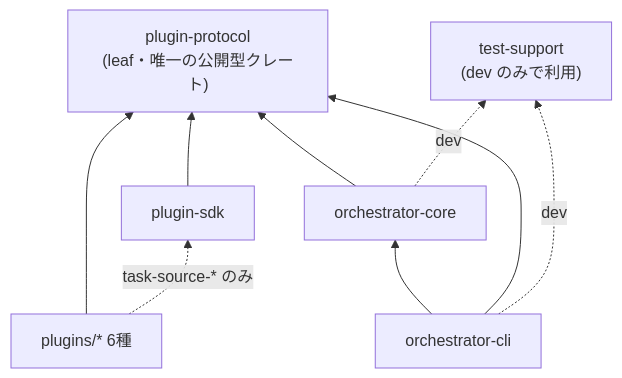
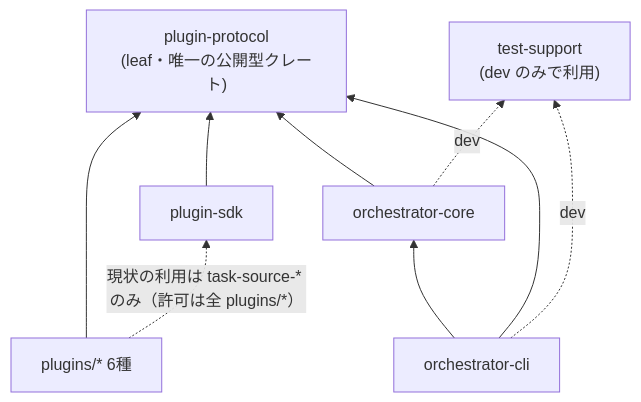
Before and after one commit to tomoya-k31/totsuka: the diagram in docs/architecture/workspace-dependency-rules.md, drawn with Mermaid. The commit also changed 1 other file, not shown here.

Commit message:
fix(ci): arch-lint.sh をフェイルクローズ化 + レビュー指摘のコメント修正
- set -euo pipefail 化と jq/awk パイプラインの明示的失敗ハンドラ、awk の
  存在確認を追加。検査自体の失敗が「違反なし」として素通りしないようにする
  (/code-review 指摘)
- ヘッダの依存一覧に grep を追記 (Copilot 指摘)、sdk-deps の build 依存
  検査をチェック一覧に明記 (/code-review 指摘)
- 循環メンバー特定コメントの精度と mermaid 図の plugin-sdk 許可範囲の
  表現を修正 (参考指摘)

Claude-Session: https://claude.ai/code/session_01TXHtveJGHGEeLj3gGkiwps

````diff
--- a/docs/architecture/workspace-dependency-rules.md
+++ b/docs/architecture/workspace-dependency-rules.md
@@ -17,18 +17,18 @@
 ```mermaid
 graph BT
     protocol["plugin-protocol<br/>(leaf・唯一の公開型クレート)"]
     sdk["plugin-sdk"]
     core["orchestrator-core"]
     cli["orchestrator-cli"]
     plugins["plugins/* 6種"]
     ts["test-support<br/>(dev のみで利用)"]
 
     sdk --> protocol
     core --> protocol
     cli --> core
     cli --> protocol
     plugins --> protocol
-    plugins -. "task-source-* のみ" .-> sdk
+    plugins -. "現状の利用は task-source-* のみ（許可は全 plugins/*）" .-> sdk
     core -. dev .-> ts
     cli -. dev .-> ts
 ```
````
